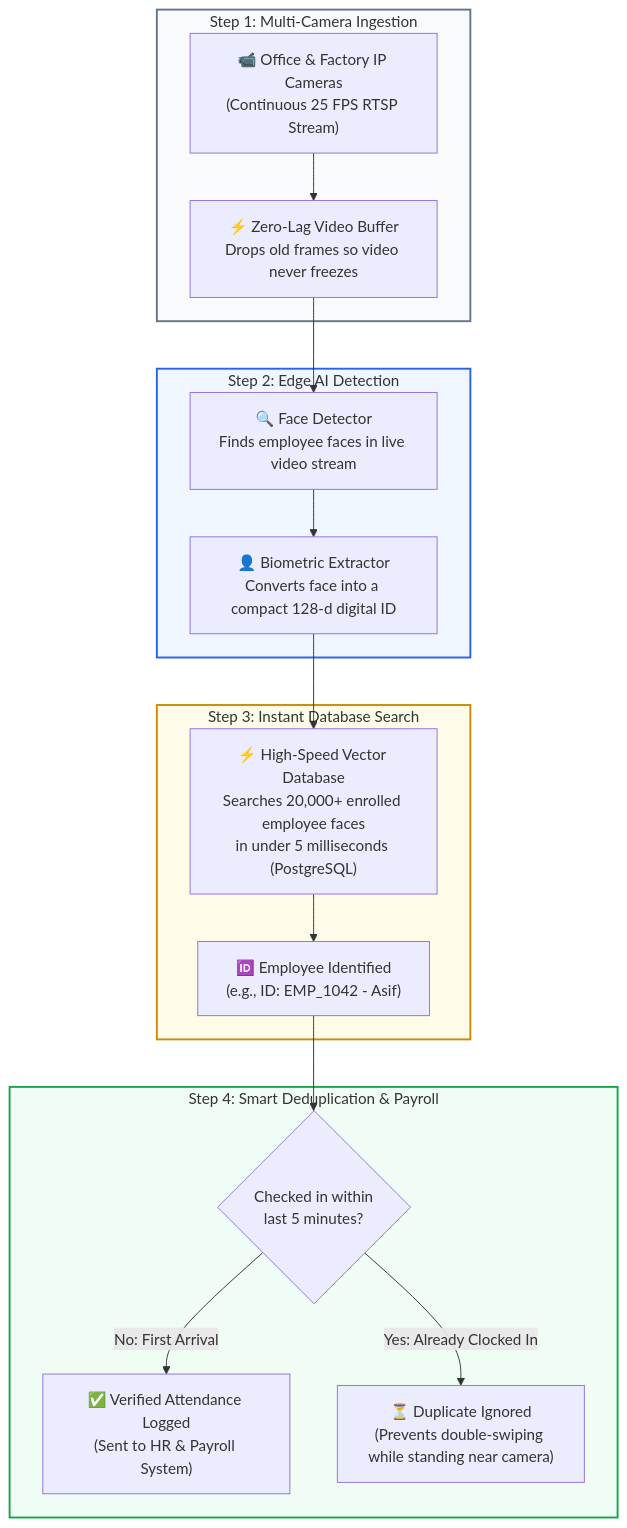
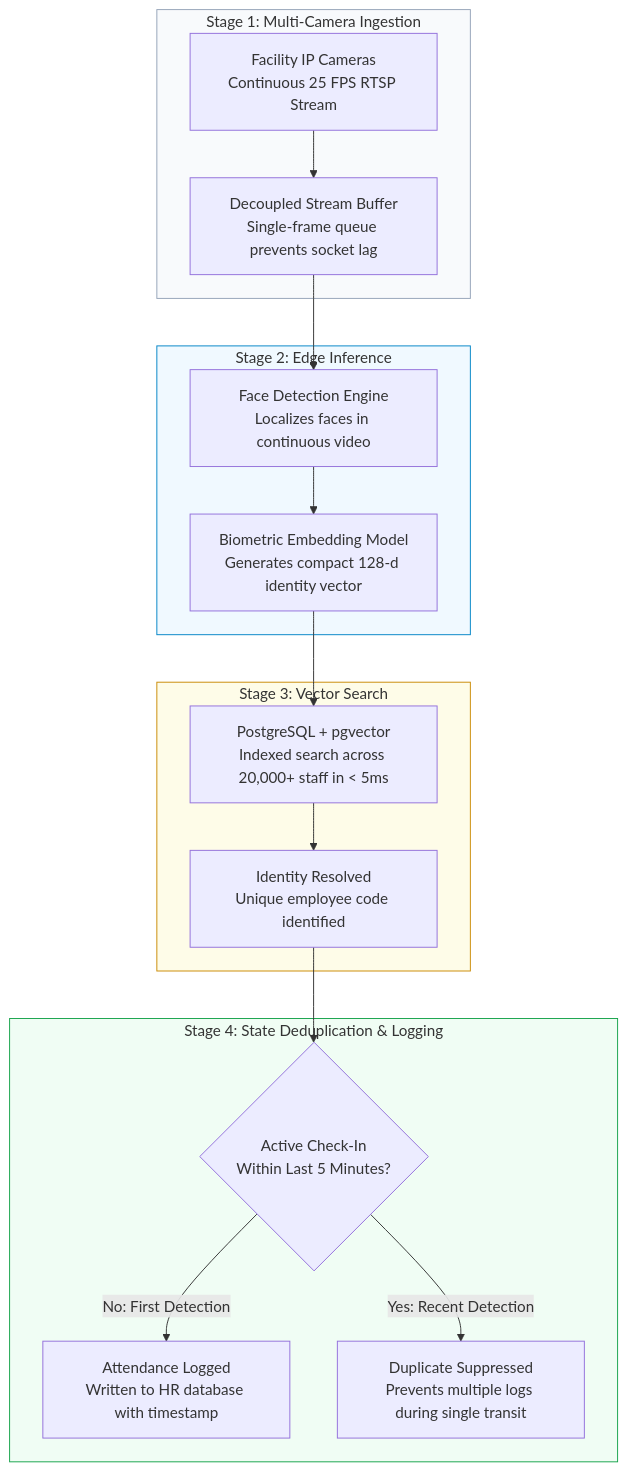
The diagram in diagrams/edge_rtsp_vector_search.mermaid (datawithAsif/Video-Analytics-Architecture-Portfolio), drawn with Mermaid before and after one commit. The commit also changed 9 other files, not shown here.

Commit message:
style: replace emojis with clean enterprise architectural styling across all diagrams

```diff
--- a/diagrams/edge_rtsp_vector_search.mermaid
+++ b/diagrams/edge_rtsp_vector_search.mermaid
@@ -1,33 +1,33 @@
 flowchart TD
-    subgraph Step1 ["Step 1: Multi-Camera Ingestion"]
-        CAMS["📹 Office & Factory IP Cameras\n(Continuous 25 FPS RTSP Stream)"]
-        BUFFER["⚡ Zero-Lag Video Buffer\nDrops old frames so video never freezes"]
+    subgraph Stage1 ["Stage 1: Multi-Camera Ingestion"]
+        CAMS["Facility IP Cameras<br>Continuous 25 FPS RTSP Stream"]
+        BUFFER["Decoupled Stream Buffer<br>Single-frame queue prevents socket lag"]
         CAMS --> BUFFER
     end
 
-    subgraph Step2 ["Step 2: Edge AI Detection"]
-        DETECT["🔍 Face Detector\nFinds employee faces in live video stream"]
-        EXTRACT["👤 Biometric Extractor\nConverts face into a compact 128-d digital ID"]
+    subgraph Stage2 ["Stage 2: Edge Inference"]
+        DETECT["Face Detection Engine<br>Localizes faces in continuous video"]
+        EXTRACT["Biometric Embedding Model<br>Generates compact 128-d identity vector"]
         BUFFER --> DETECT --> EXTRACT
     end
 
-    subgraph Step3 ["Step 3: Instant Database Search"]
-        SEARCH["⚡ High-Speed Vector Database\nSearches 20,000+ enrolled employee faces\nin under 5 milliseconds (PostgreSQL)"]
-        MATCHED["🆔 Employee Identified\n(e.g., ID: EMP_1042 - Asif)"]
+    subgraph Stage3 ["Stage 3: Vector Search"]
+        SEARCH["PostgreSQL + pgvector<br>Indexed search across 20,000+ staff in < 5ms"]
+        MATCHED["Identity Resolved<br>Unique employee code identified"]
         EXTRACT --> SEARCH --> MATCHED
     end
 
-    subgraph Step4 ["Step 4: Smart Deduplication & Payroll"]
-        COOLDOWN{"Checked in within\nlast 5 minutes?"}
-        SAVE["✅ Verified Attendance Logged\n(Sent to HR & Payroll System)"]
-        IGNORE["⏳ Duplicate Ignored\n(Prevents double-swiping while standing near camera)"]
+    subgraph Stage4 ["Stage 4: State Deduplication & Logging"]
+        COOLDOWN{"Active Check-In<br>Within Last 5 Minutes?"}
+        SAVE["Attendance Logged<br>Written to HR database with timestamp"]
+        IGNORE["Duplicate Suppressed<br>Prevents multiple logs during single transit"]
         
         MATCHED --> COOLDOWN
-        COOLDOWN -->|No: First Arrival| SAVE
-        COOLDOWN -->|Yes: Already Clocked In| IGNORE
+        COOLDOWN -->|No: First Detection| SAVE
+        COOLDOWN -->|Yes: Recent Detection| IGNORE
     end
 
-    style Step1 fill:#f8fafc,stroke:#64748b,stroke-width:2px
-    style Step2 fill:#eff6ff,stroke:#2563eb,stroke-width:2px
-    style Step3 fill:#fefce8,stroke:#ca8a04,stroke-width:2px
-    style Step4 fill:#f0fdf4,stroke:#16a34a,stroke-width:2px
+    style Stage1 fill:#f8fafc,stroke:#94a3b8,stroke-width:1px
+    style Stage2 fill:#f0f9ff,stroke:#0284c7,stroke-width:1px
+    style Stage3 fill:#fefce8,stroke:#ca8a04,stroke-width:1px
+    style Stage4 fill:#f0fdf4,stroke:#16a34a,stroke-width:1px
```
